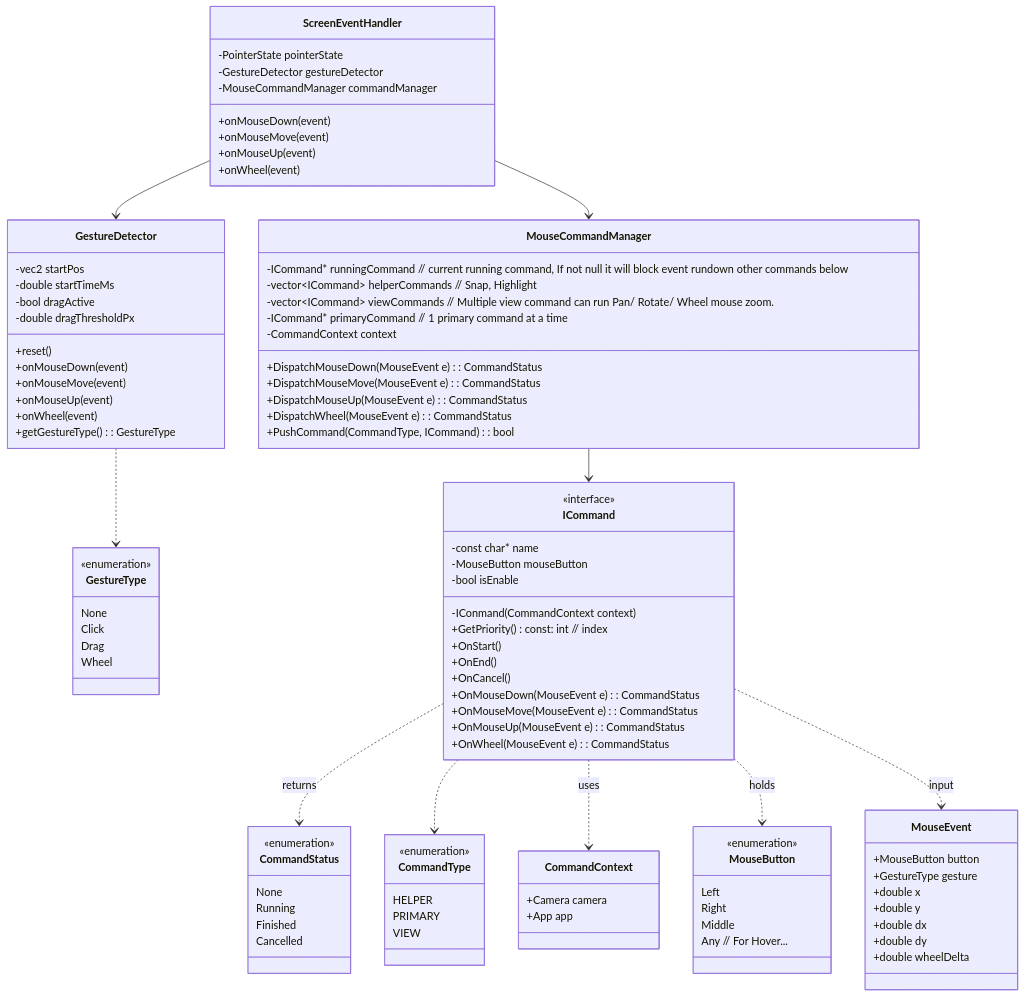
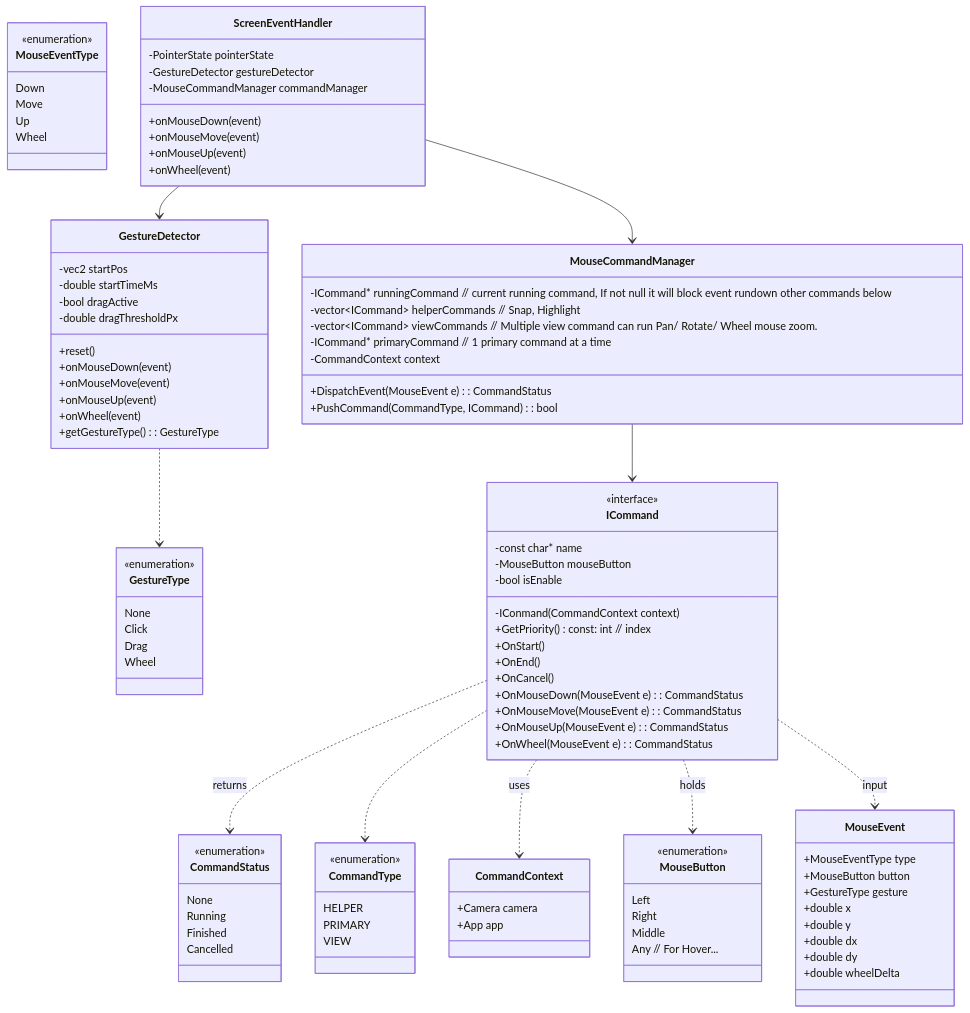
Before and after one commit to vfa-khaidt1/vfa-cdn: the first of 2 diagrams in Final.md, drawn with Mermaid. The commit also changed other lines of this file, not shown here.

````diff
--- a/Final.md
+++ b/Final.md
@@ -12,5 +12,13 @@
 ```mermaid
 classDiagram
+    class MouseEventType {
+        <<enumeration>>
+        Down
+        Move
+        Up
+        Wheel
+    }
+    
     class MouseButton {
         <<enumeration>>
         Left
@@ -35,6 +43,7 @@
     }
 
    class MouseEvent {
+        +MouseEventType type
         +MouseButton button
         +GestureType gesture
         +double x
@@ -105,11 +114,7 @@
 
         -CommandContext context
 
-        +DispatchMouseDown(MouseEvent e): CommandStatus
-        +DispatchMouseMove(MouseEvent e): CommandStatus
-        +DispatchMouseUp(MouseEvent e): CommandStatus
-        +DispatchWheel(MouseEvent e): CommandStatus
-
+        +DispatchEvent(MouseEvent e): CommandStatus
         +PushCommand(CommandType, ICommand): bool
     }
 
````
